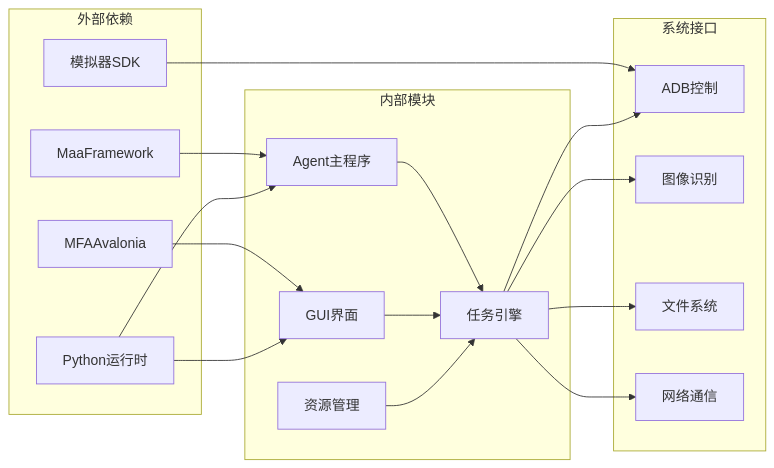
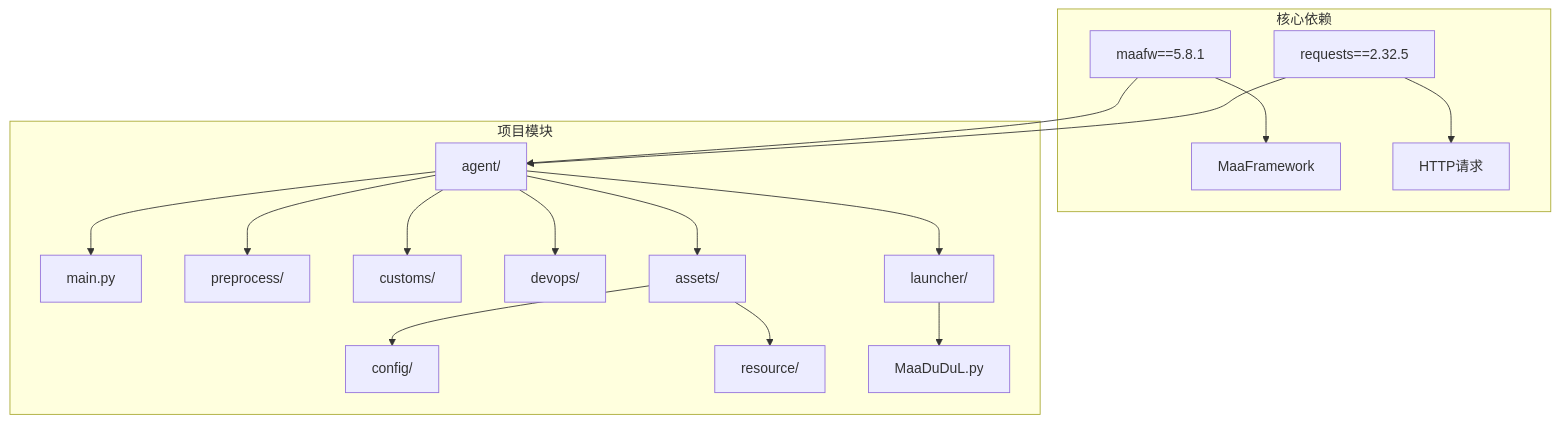
The eighth of 8 diagrams in .qoder/repowiki/zh/content/Operation Guide Content.md (kqcoxn/MaaDuDuL), drawn with Mermaid before and after one commit. The commit also changed other lines of this file and 18 other files, not shown here.

````diff
--- a/.qoder/repowiki/zh/content/Operation Guide Content.md
+++ b/.qoder/repowiki/zh/content/Operation Guide Content.md
@@ -304,33 +310,20 @@
 ```mermaid
-graph LR
-subgraph "外部依赖"
-A[MaaFramework]
-B[MFAAvalonia]
-C[Python运行时]
-D[模拟器SDK]
+graph TB
+subgraph "核心依赖"
+A[maafw==5.8.1] --> A1[MaaFramework]
+B[requests==2.32.5] --> B1[HTTP请求]
 end
-subgraph "内部模块"
-E[Agent主程序]
-F[GUI界面]
-G[资源管理]
-H[任务引擎]
+subgraph "项目模块"
+C[agent/] --> C1[main.py]
+C --> C2[preprocess/]
+C --> C3[customs/]
+C --> C4[devops/]
+D[assets/] --> D1[config/]
+D --> D2[resource/]
+E[launcher/] --> E1[MaaDuDuL.py]
 end
-subgraph "系统接口"
-I[ADB控制]
-J[图像识别]
-K[文件系统]
-L[网络通信]
-end
-A --> E
-B --> F
+A --> C
+B --> C
+C --> D
 C --> E
-C --> F
-D --> I
-E --> H
-F --> H
-G --> H
-H --> I
-H --> J
-H --> K
-H --> L
 ```
````
